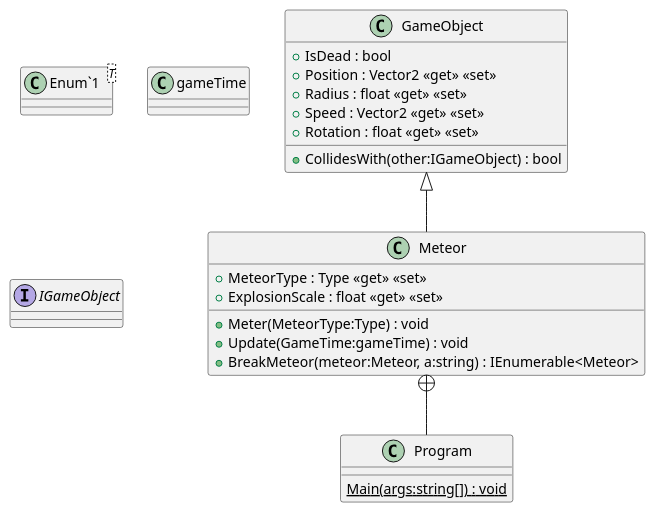
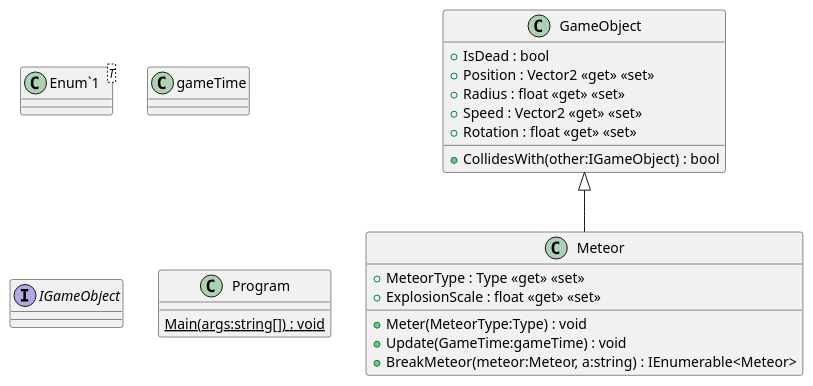
The diagram in Objekt/labb 17/plantuml/include.puml (MaxAppelbergsawbridge/TE19B-ar3), drawn with PlantUML before and after one commit. The commit also changed 15 other files, not shown here.

```diff
--- a/Objekt/labb 17/plantuml/include.puml
+++ b/Objekt/labb 17/plantuml/include.puml
@@ -1,28 +1,27 @@
 @startuml
 class "Enum`1"<T> {
 }
 class gameTime {
 }
 interface IGameObject {
 }
 class GameObject {
     + IsDead : bool
     + Position : Vector2 <<get>> <<set>>
     + Radius : float <<get>> <<set>>
     + Speed : Vector2 <<get>> <<set>>
     + Rotation : float <<get>> <<set>>
     + CollidesWith(other:IGameObject) : bool
 }
 class Meteor {
     + MeteorType : Type <<get>> <<set>>
     + ExplosionScale : float <<get>> <<set>>
     + Meter(MeteorType:Type) : void
     + Update(GameTime:gameTime) : void
     + BreakMeteor(meteor:Meteor, a:string) : IEnumerable<Meteor>
 }
 class Program {
     {static} Main(args:string[]) : void
 }
 GameObject <|-- Meteor
-Meteor +-- Program
 @enduml
```
